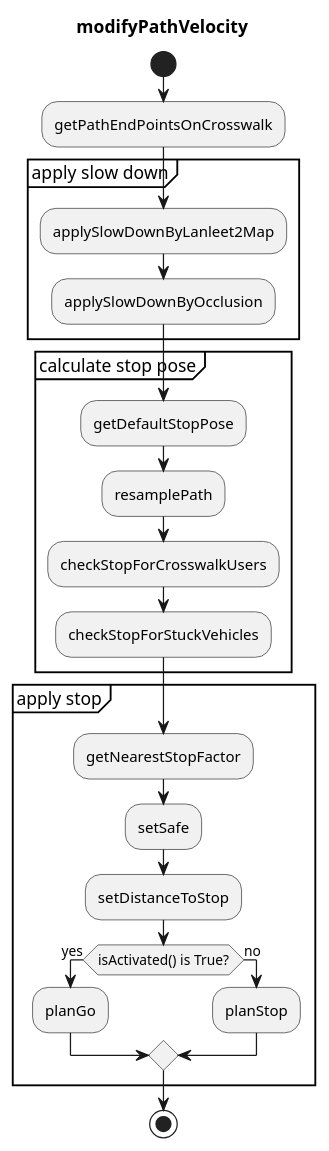
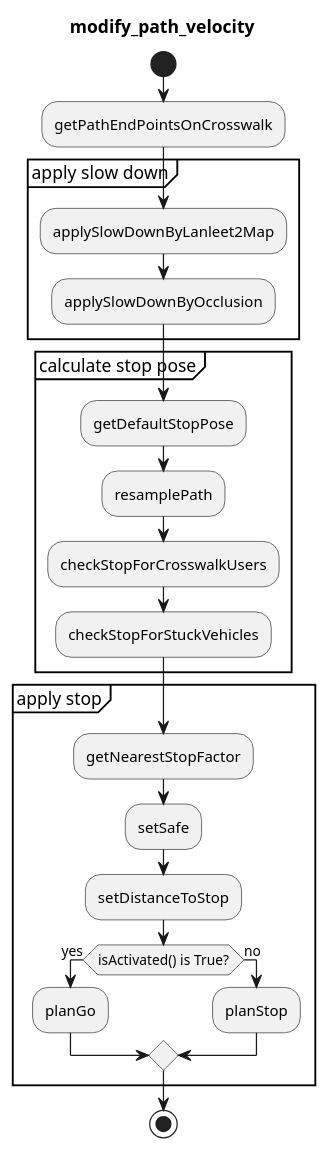
One commit to autowarefoundation/autoware.universe changed the first of 2 diagrams in planning/behavior_velocity_planner/autoware_behavior_velocity_crosswalk_module/README.md. Above: the diagram before and after it, drawn with PlantUML. The commit also changed 131 other files, not shown here.

````diff
--- a/planning/behavior_velocity_planner/autoware_behavior_velocity_crosswalk_module/README.md
+++ b/planning/behavior_velocity_planner/autoware_behavior_velocity_crosswalk_module/README.md
@@ -13,30 +13,30 @@
 ```plantuml
 @startuml
 
-title modifyPathVelocity
+title modify_path_velocity
 start
 :getPathEndPointsOnCrosswalk;
 group apply slow down
   :applySlowDownByLanleet2Map;
   :applySlowDownByOcclusion;
 end group
 group calculate stop pose
   :getDefaultStopPose;
   :resamplePath;
   :checkStopForCrosswalkUsers;
   :checkStopForStuckVehicles;
 end group
 group apply stop
   :getNearestStopFactor;
   :setSafe;
   :setDistanceToStop;
 
   if (isActivated() is True?) then (yes)
     :planGo;
   else (no)
     :planStop;
   endif
 end group
 stop
 @enduml
 ```
````
